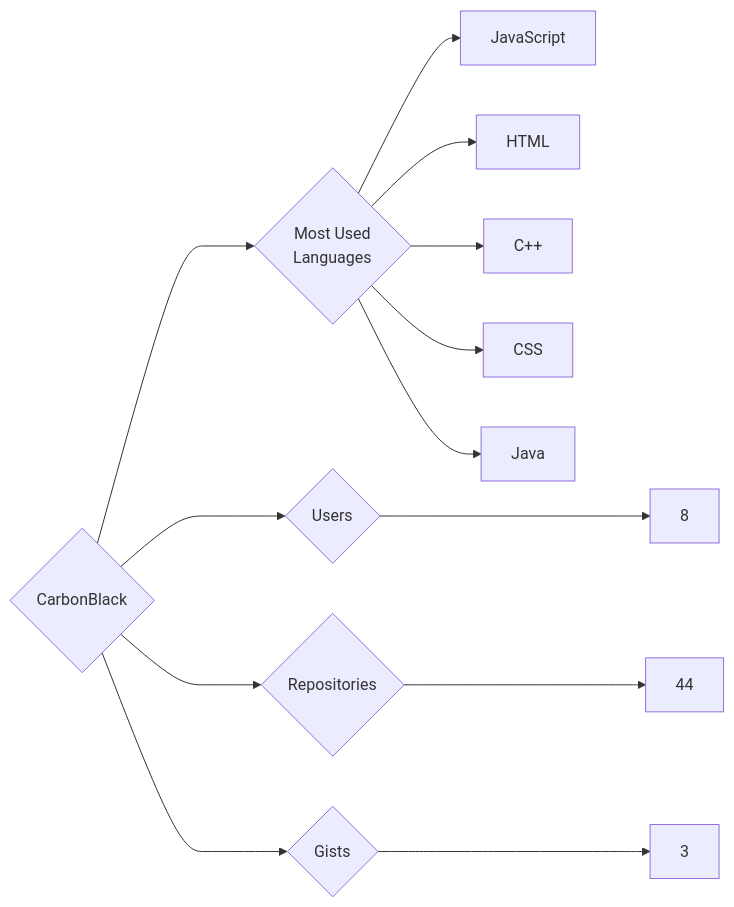
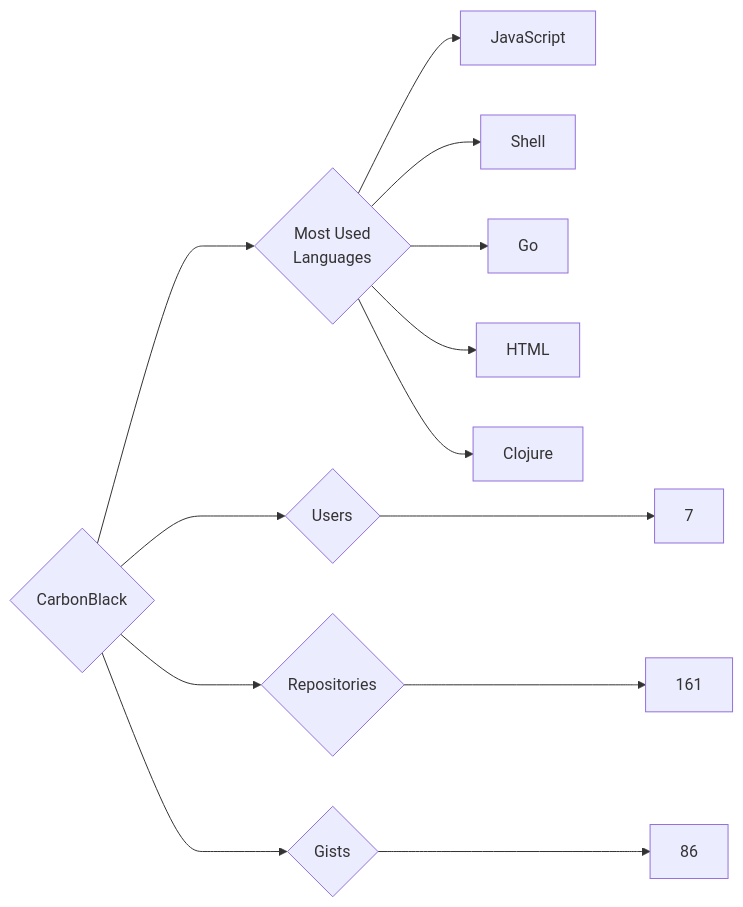
The diagram in targets/CarbonBlack/README.md (trickest/insiders), drawn with Mermaid before and after one commit. The commit also changed 1238 other files, not shown here.

````diff
--- a/targets/CarbonBlack/README.md
+++ b/targets/CarbonBlack/README.md
@@ -3,13 +3,13 @@
 ```mermaid
 graph LR
 COMPANY_NAME{CarbonBlack}
-COMPANY_NAME ---> U{Users} ---> UN[8]
-COMPANY_NAME ---> R{Repositories} ---> RN[44]
-COMPANY_NAME ---> G{Gists} ---> GN[3]
+COMPANY_NAME ---> U{Users} ---> UN[7]
+COMPANY_NAME ---> R{Repositories} ---> RN[161]
+COMPANY_NAME ---> G{Gists} ---> GN[86]
 COMPANY_NAME ---> ML{Most Used<br>Languages}
 ML --> JavaScript[JavaScript]
+ML --> Shell[Shell]
+ML --> Go[Go]
 ML --> HTML[HTML]
-ML --> C++[C++]
-ML --> CSS[CSS]
-ML --> Java[Java]
+ML --> Clojure[Clojure]
 ```
````
